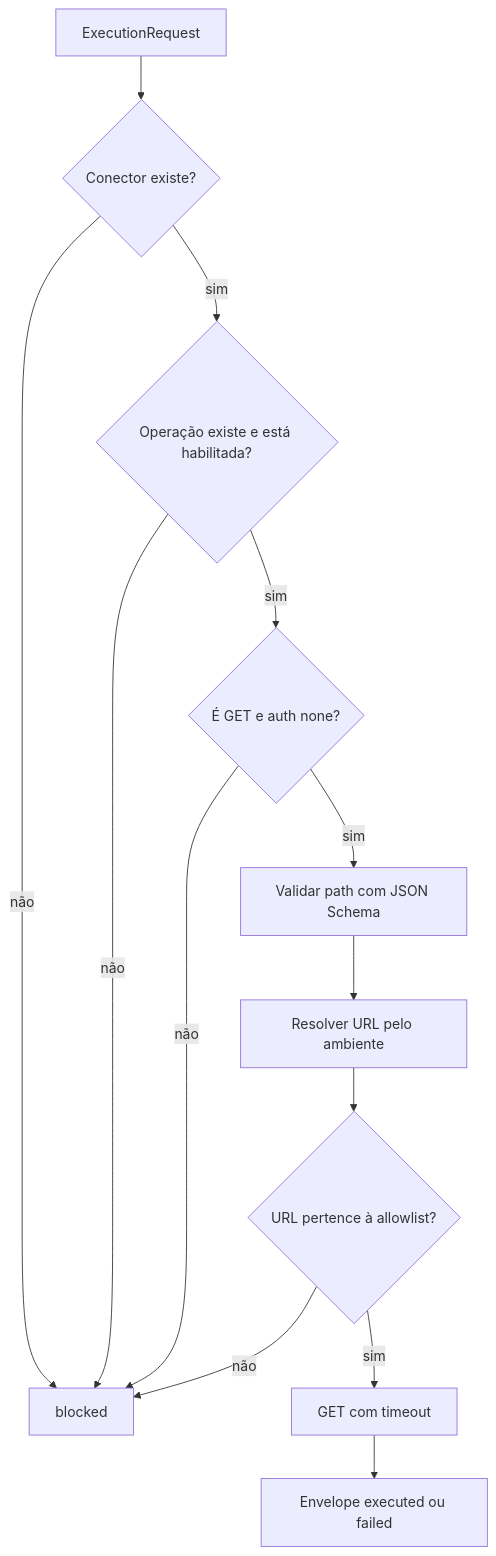
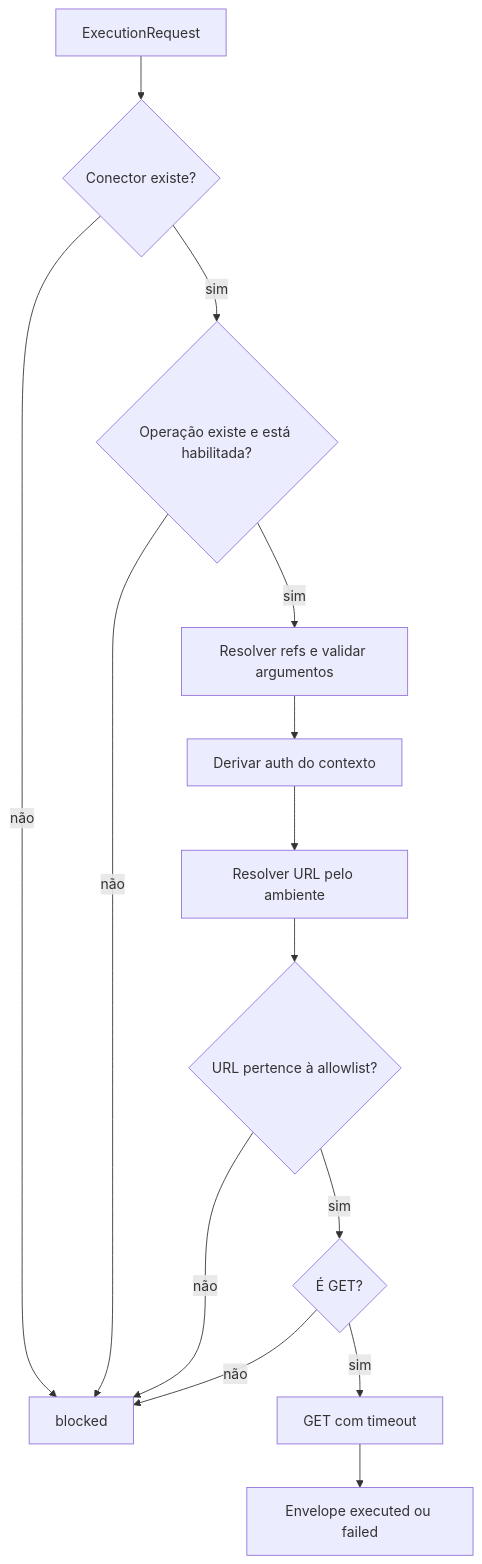
The third of 3 diagrams in docs/architecture.md (ChristianGandra21/indusguard), drawn with Mermaid before and after one commit. The commit also changed other lines of this file and 12 other files, not shown here.

````diff
--- a/docs/architecture.md
+++ b/docs/architecture.md
@@ -84,15 +85,16 @@
 ```mermaid
 flowchart TD
     R[ExecutionRequest] --> C{Conector existe?}
     C -- não --> B[blocked]
     C -- sim --> O{Operação existe e está habilitada?}
     O -- não --> B
-    O -- sim --> M{É GET e auth none?}
-    M -- não --> B
-    M -- sim --> J[Validar path com JSON Schema]
-    J --> U[Resolver URL pelo ambiente]
+    O -- sim --> J[Resolver refs e validar argumentos]
+    J --> H[Derivar auth do contexto]
+    H --> U[Resolver URL pelo ambiente]
     U --> A{URL pertence à allowlist?}
     A -- não --> B
-    A -- sim --> H[GET com timeout]
-    H --> N[Envelope executed ou failed]
+    A -- sim --> M{É GET?}
+    M -- não --> B
+    M -- sim --> G[GET com timeout]
+    G --> N[Envelope executed ou failed]
 ```
````
